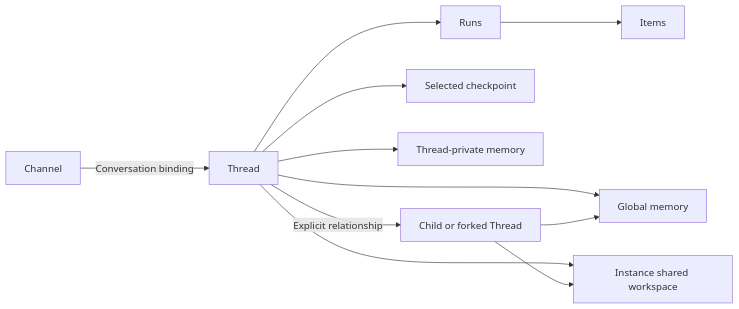
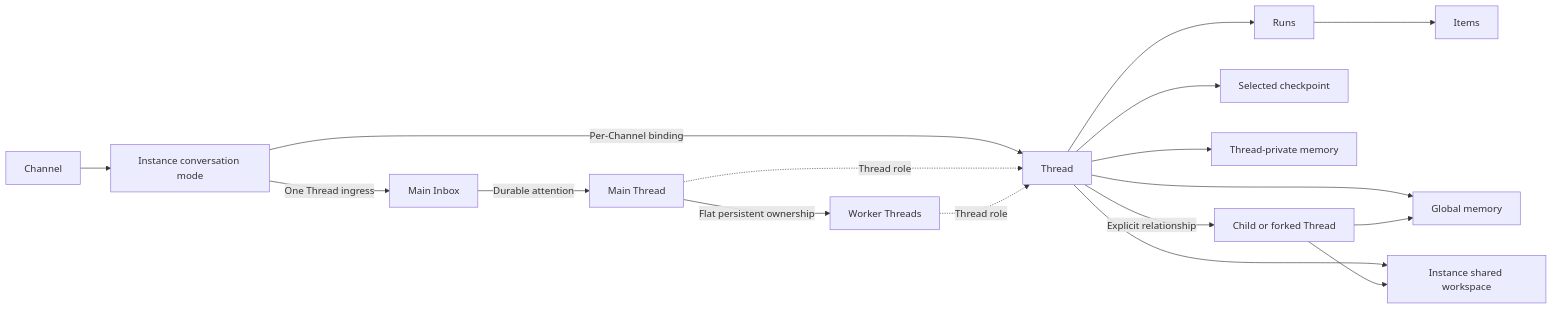
One commit to Wh1isper/a13n-claw changed the diagram in spec/01-domain-model.md. Above: the diagram before and after it, drawn with Mermaid. The commit also changed other lines of this file and 11 other files, not shown here.

Commit message:
docs(spec): define One Thread coordination and durable Inbox drain (#15)

````diff
--- a/spec/01-domain-model.md
+++ b/spec/01-domain-model.md
@@ -30,13 +32,19 @@
 ```mermaid
 flowchart LR
-    Channel -->|Conversation binding| Thread
+    Channel --> Mode[Instance conversation mode]
+    Mode -->|Per-Channel binding| Thread
+    Mode -->|One Thread ingress| Inbox[Main Inbox]
+    Inbox -->|Durable attention| Main[Main Thread]
+    Main -->|Flat persistent ownership| Workers[Worker Threads]
+    Main -.->|Thread role| Thread
+    Workers -.->|Thread role| Thread
     Thread --> Runs[Runs]
     Runs --> Items[Items]
     Thread --> Selected[Selected checkpoint]
     Thread --> Private[Thread-private memory]
     Thread -->|Explicit relationship| Child[Child or forked Thread]
     Thread --> Global[Global memory]
     Child --> Global
     Thread --> Workspace[Instance shared workspace]
     Child --> Workspace
 ```
````
